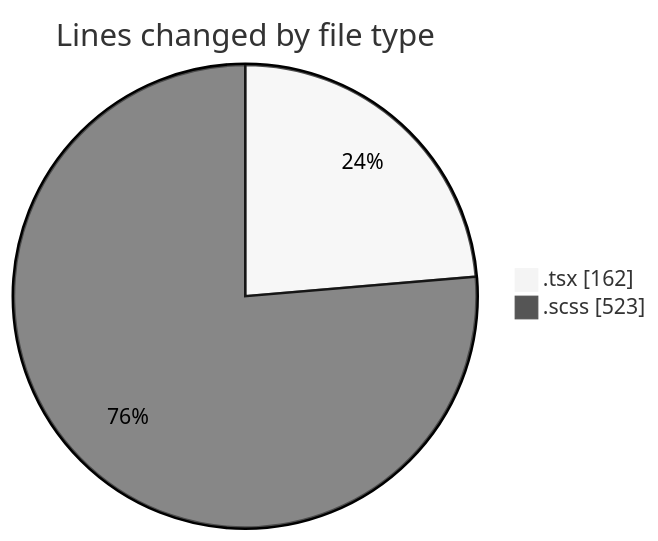
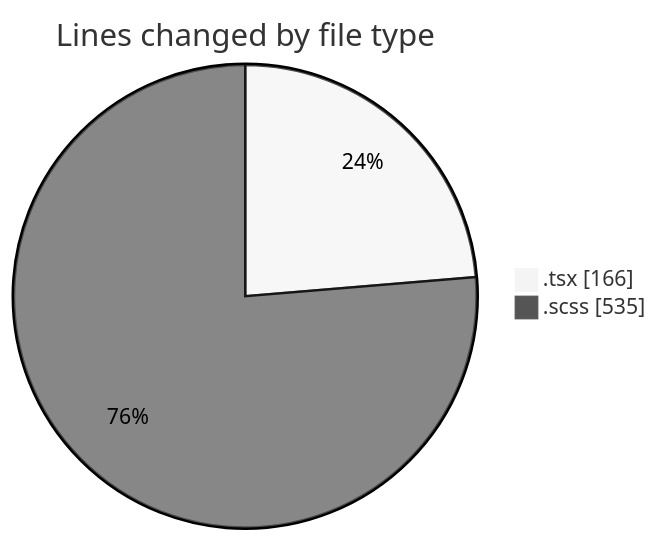
The first of 2 diagrams in 2025-03-27/cda/README.md (momahboobian/code-tracking), drawn with Mermaid (neutral theme) before and after one commit. The commit also changed other lines of this file and 1 other file, not shown here.

````diff
--- a/2025-03-27/cda/README.md
+++ b/2025-03-27/cda/README.md
@@ -21,6 +21,6 @@
 ```mermaid
 pie showData
 title Lines changed by file type
-".tsx" : 162
-".scss" : 523
+".tsx" : 166
+".scss" : 535
 ```
````
